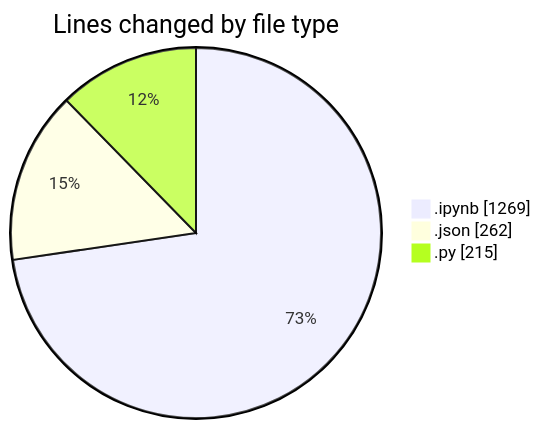
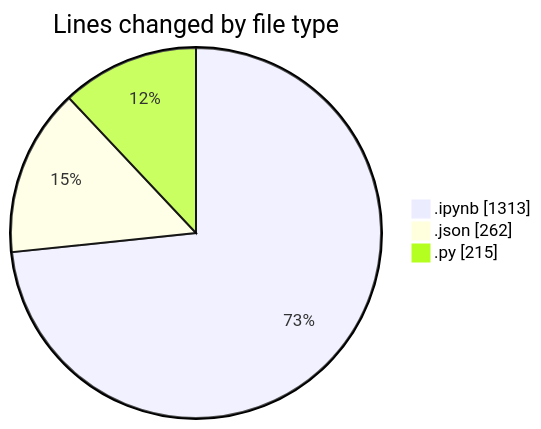
Before and after one commit to idhammustaqopulfikri/code-tracking: the first of 2 diagrams in 2025-10-13/mencoba/README.md, drawn with Mermaid. The commit also changed other lines of this file and 1 other file, not shown here.

````diff
--- a/2025-10-13/mencoba/README.md
+++ b/2025-10-13/mencoba/README.md
@@ -23,7 +23,7 @@
 ```mermaid
 pie showData
 title Lines changed by file type
-".ipynb" : 1269
+".ipynb" : 1313
 ".json" : 262
 ".py" : 215
 ```
````
